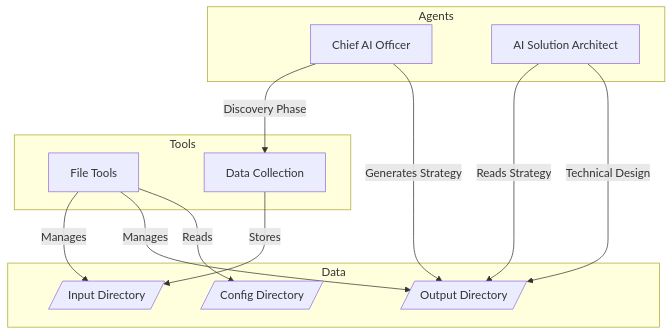
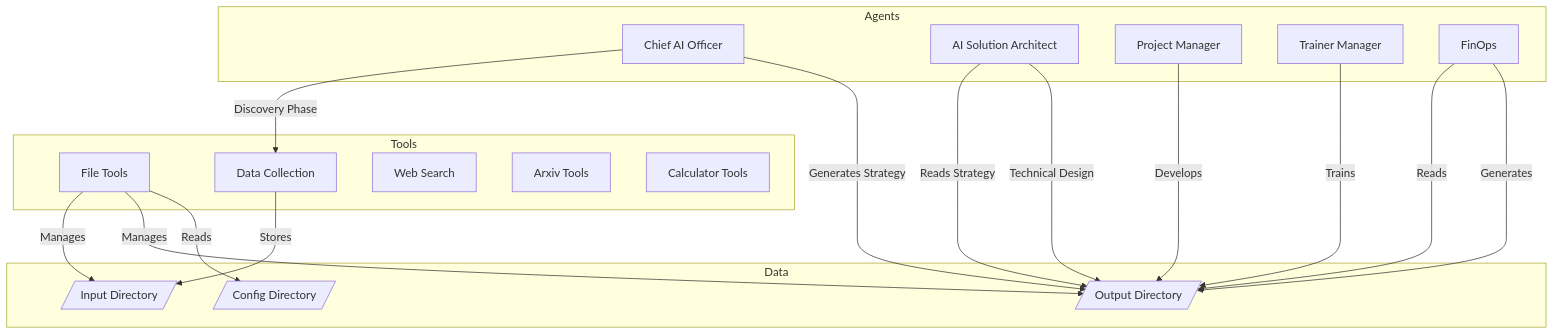
Before and after one commit to whitegloveai/vcaio-aiamf-workers: the diagram in README.md, drawn with Mermaid. The commit also changed other lines of this file, not shown here.

````diff
--- a/README.md
+++ b/README.md
@@ -9,27 +9,37 @@
 ```mermaid
 graph TD
     subgraph Agents
         CAIO[Chief AI Officer]
         ARCH[AI Solution Architect]
+        PM[Project Manager]
+        TM[Trainer Manager]
+        FINOPS[FinOps]
     end
 
     subgraph Tools
         FT[File Tools]
         DC[Data Collection]
+        WS[Web Search]
+        RD[Arxiv Tools]
+        CG[Calculator Tools]
     end
 
     subgraph Data
         IN[/Input Directory/]
         OUT[/Output Directory/]
         CFG[/Config Directory/]
     end
 
     CAIO -->|Discovery Phase| DC
     DC -->|Stores| IN
     CAIO -->|Generates Strategy| OUT
     ARCH -->|Reads Strategy| OUT
     ARCH -->|Technical Design| OUT
     FT -->|Manages| IN
     FT -->|Manages| OUT
     FT -->|Reads| CFG
+    PM -->|Develops| OUT
+    TM -->|Trains| OUT
+    FINOPS -->|Reads| OUT
+    FINOPS -->|Generates| OUT
 ```
````
